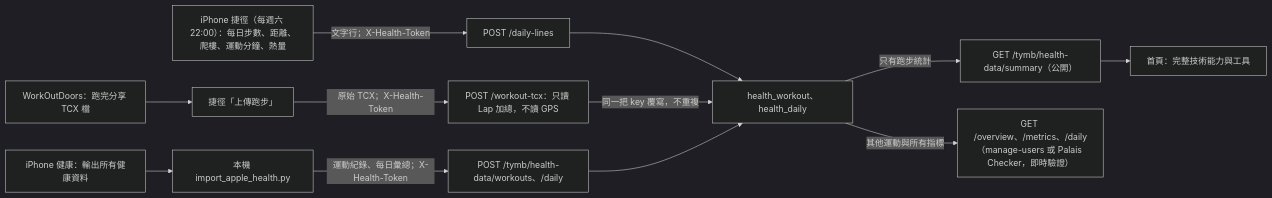
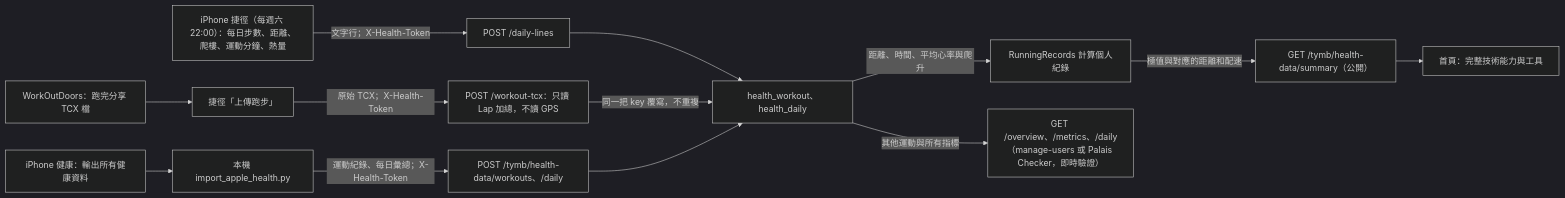
One commit to Vinskao/ty-multiverse-backend changed the first of 4 diagrams in docs/HEALTH_DATA.md. Above: the diagram before and after it, drawn with Mermaid (dark theme). The commit also changed other lines of this file and 3 other files, not shown here.

Commit message:
Include heart rate and climb efforts in health records

````diff
--- a/docs/HEALTH_DATA.md
+++ b/docs/HEALTH_DATA.md
@@ -7,14 +7,15 @@
 ```mermaid
 flowchart LR
     P["iPhone 健康：輸出所有健康資料"] --> S["本機 import_apple_health.py"]
     S -->|"運動紀錄、每日彙總；X-Health-Token"| B["POST /tymb/health-data/workouts、/daily"]
     K["iPhone 捷徑（每週六 22:00）：每日步數、距離、爬樓、運動分鐘、熱量"] -->|"文字行；X-Health-Token"| L["POST /daily-lines"]
     W["WorkOutDoors：跑完分享 TCX 檔"] --> U["捷徑「上傳跑步」"]
     U -->|"原始 TCX；X-Health-Token"| T["POST /workout-tcx：只讀 Lap 加總，不讀 GPS"]
     L --> D
     T -->|"同一把 key 覆寫，不重複"| D
     B --> D["health_workout、health_daily"]
-    D -->|"只有跑步統計"| G["GET /tymb/health-data/summary（公開）"]
+    D -->|"距離、時間、平均心率與爬升"| R["RunningRecords 計算個人紀錄"]
+    R -->|"極值與對應的距離和配速"| G["GET /tymb/health-data/summary（公開）"]
     D -->|"其他運動與所有指標"| O["GET /overview、/metrics、/daily（manage-users 或 Palais Checker，即時驗證）"]
     G --> F["首頁：完整技術能力與工具"]
 ```
````
